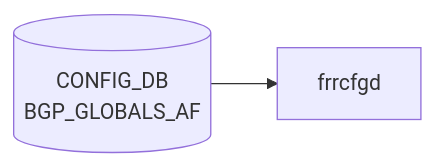
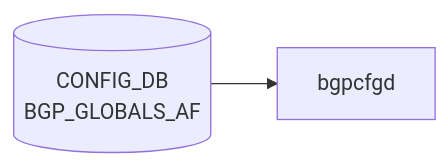
One commit to aoki-taquan/sonic-unofficial-docs changed the diagram in docs/reference/config-db/bgp-globals-af.md. Above: the diagram before and after it, drawn with Mermaid. The commit also changed 9 other files, not shown here.

````diff
--- a/docs/reference/config-db/bgp-globals-af.md
+++ b/docs/reference/config-db/bgp-globals-af.md
@@ -35,6 +35,6 @@
 ```mermaid
 flowchart LR
   CDB[("CONFIG_DB<br/>BGP_GLOBALS_AF")]
-  DM["frrcfgd"]
+  DM["bgpcfgd"]
   CDB --> DM
 ```
````
